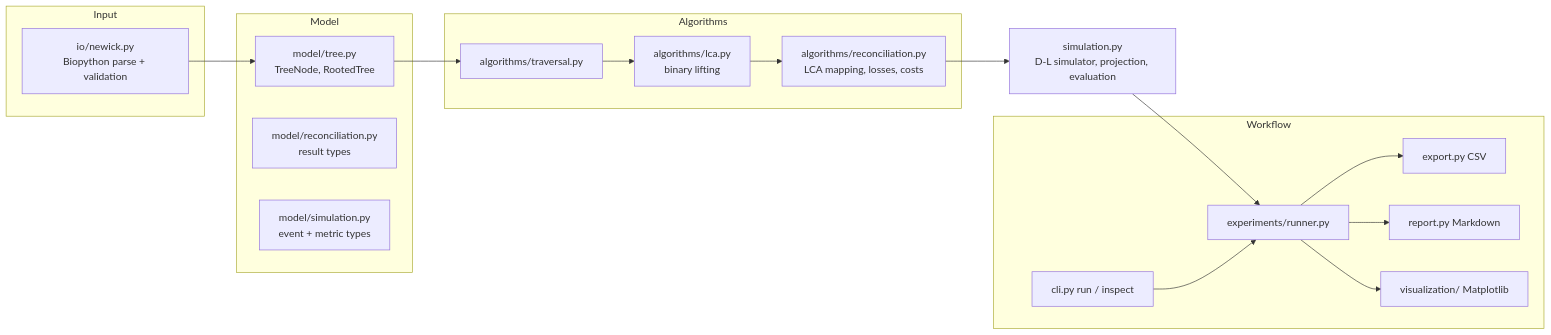
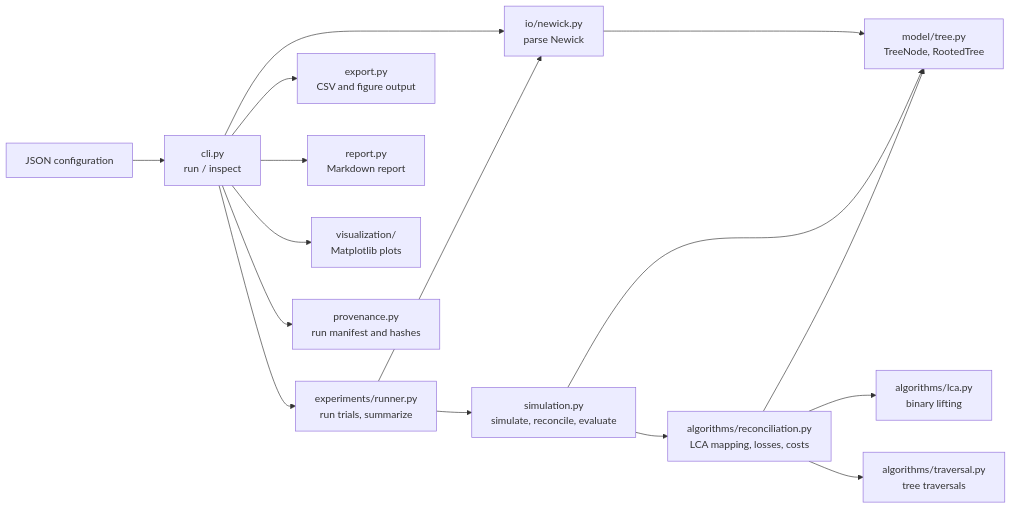
One commit to oma452/PhyloBench changed the first of 2 diagrams in PhyloBench_manuscript.md. Above: the diagram before and after it, drawn with Mermaid. The commit also changed other lines of this file, not shown here.

Commit message:
docs: update architecture and paired formulas

````diff
--- a/PhyloBench_manuscript.md
+++ b/PhyloBench_manuscript.md
@@ -48,28 +48,31 @@
 ```mermaid
 flowchart LR
-  subgraph IO[Input]
-    N[io/newick.py<br/>Biopython parse + validation]
-  end
-  subgraph MODEL[Model]
-    T[model/tree.py<br/>TreeNode, RootedTree]
-    R[model/reconciliation.py<br/>result types]
-    S[model/simulation.py<br/>event + metric types]
-  end
-  subgraph ALG[Algorithms]
-    TR[algorithms/traversal.py]
-    L[algorithms/lca.py<br/>binary lifting]
-    RC[algorithms/reconciliation.py<br/>LCA mapping, losses, costs]
-  end
-  SIM[simulation.py<br/>D-L simulator, projection, evaluation]
-  subgraph WF[Workflow]
-    E[experiments/runner.py]
-    X[export.py CSV]
-    P[report.py Markdown]
-    V[visualization/ Matplotlib]
-    C[cli.py run / inspect]
-  end
-  N --> T --> TR --> L --> RC --> SIM --> E --> X
-  E --> P
-  E --> V
+  CFG[JSON configuration]
+  C[cli.py<br/>run / inspect]
+  N[io/newick.py<br/>parse Newick]
+  T[model/tree.py<br/>TreeNode, RootedTree]
+  SIM[simulation.py<br/>simulate, reconcile, evaluate]
+  RC[algorithms/reconciliation.py<br/>LCA mapping, losses, costs]
+  L[algorithms/lca.py<br/>binary lifting]
+  TR[algorithms/traversal.py<br/>tree traversals]
+  E[experiments/runner.py<br/>run trials, summarize]
+  X[export.py<br/>CSV and figure output]
+  P[report.py<br/>Markdown report]
+  V[visualization/<br/>Matplotlib plots]
+  PR[provenance.py<br/>run manifest and hashes]
+  CFG --> C
+  C --> N
   C --> E
+  C --> X
+  C --> P
+  C --> V
+  C --> PR
+  N --> T
+  E --> N
+  E --> SIM
+  SIM --> T
+  SIM --> RC
+  RC --> L
+  RC --> TR
+  RC --> T
 ```
````
